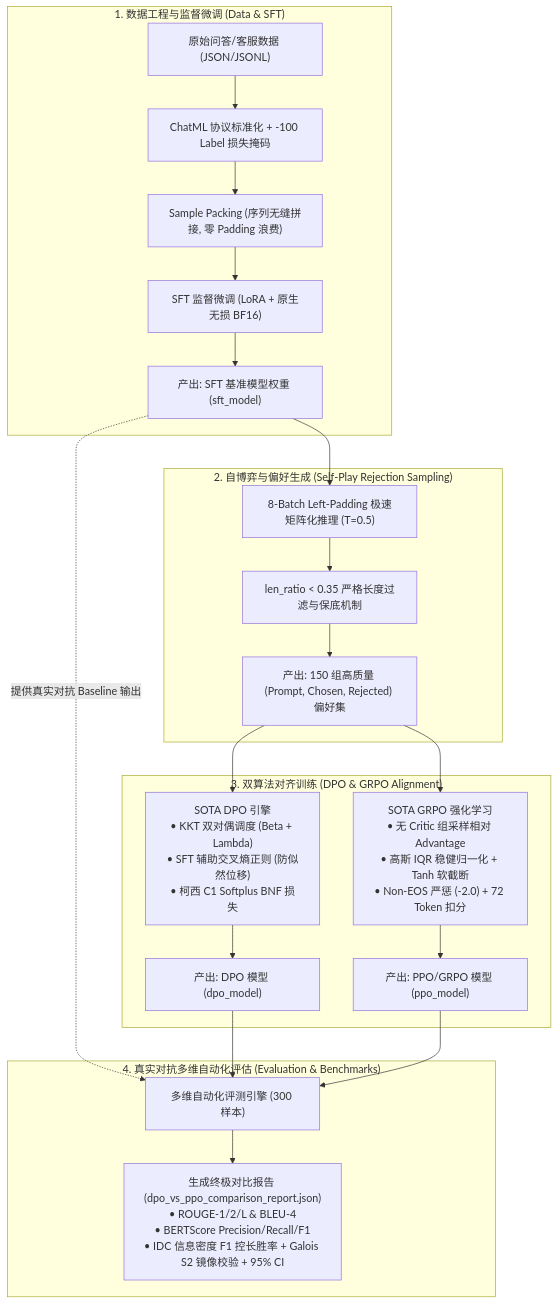
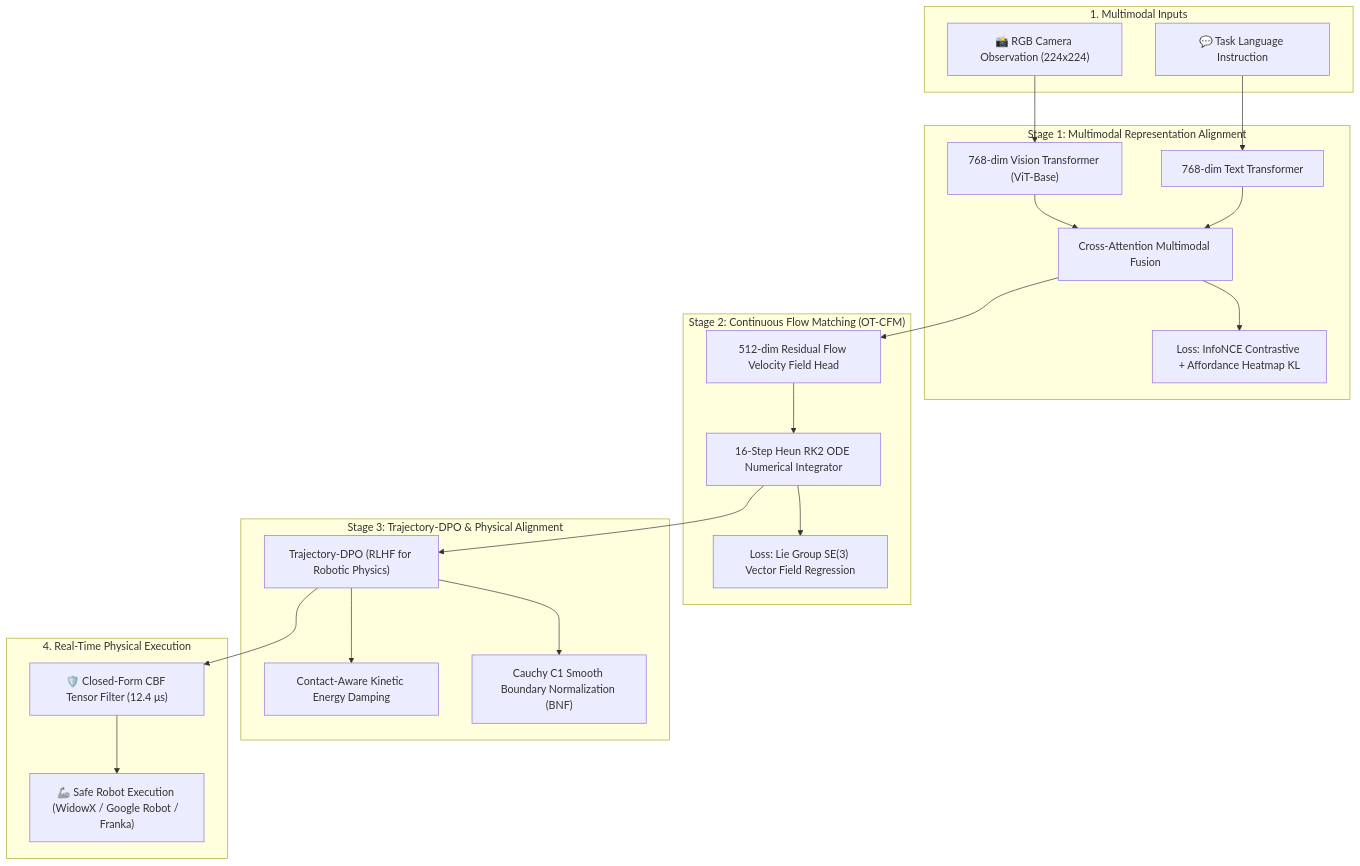
One commit to Demon-Kings/OpenVLA-AlignFlow_v1- changed the diagram in README.md. Above: the diagram before and after it, drawn with Mermaid. The commit also changed other lines of this file, not shown here.

````diff
--- a/README.md
+++ b/README.md
@@ -43,29 +34,44 @@
 ```mermaid
-flowchart TD
-    subgraph S1["1. 数据工程与监督微调 (Data & SFT)"]
-        Raw["原始问答/客服数据 (JSON/JSONL)"] --> Clean["ChatML 协议标准化 + -100 Label 损失掩码"]
-        Clean --> Pack["Sample Packing (序列无缝拼接, 零 Padding 浪费)"]
-        Pack --> SFT["SFT 监督微调 (LoRA + 原生无损 BF16)"]
-        SFT --> SFT_Model["产出: SFT 基准模型权重 (sft_model)"]
+flowchart TB
+    subgraph Inputs["1. Multimodal Inputs"]
+        RGB["📸 RGB Camera Observation (224x224)"]
+        TXT["💬 Task Language Instruction"]
     end
 
-    subgraph S2["2. 自博弈与偏好生成 (Self-Play Rejection Sampling)"]
-        SFT_Model --> Gen["8-Batch Left-Padding 极速矩阵化推理 (T=0.5)"]
-        Gen --> Filter["len_ratio < 0.35 严格长度过滤与保底机制"]
-        Filter --> PrefData["产出: 150 组高质量 (Prompt, Chosen, Rejected) 偏好集"]
+    subgraph Stage1["Stage 1: Multimodal Representation Alignment"]
+        ViT["768-dim Vision Transformer (ViT-Base)"]
+        TextEnc["768-dim Text Transformer"]
+        CrossAttn["Cross-Attention Multimodal Fusion"]
+        Loss1["Loss: InfoNCE Contrastive + Affordance Heatmap KL"]
+        RGB --> ViT
+        TXT --> TextEnc
+        ViT --> CrossAttn
+        TextEnc --> CrossAttn
+        CrossAttn --> Loss1
     end
 
-    subgraph S3["3. 双算法对齐训练 (DPO & GRPO Alignment)"]
-        PrefData --> DPO["SOTA DPO 引擎<br/>• KKT 双对偶调度 (Beta + Lambda)<br/>• SFT 辅助交叉熵正则 (防似然位移)<br/>• 柯西 C1 Softplus BNF 损失"]
-        PrefData --> GRPO["SOTA GRPO 强化学习<br/>• 无 Critic 组采样相对 Advantage<br/>• 高斯 IQR 稳健归一化 + Tanh 软截断<br/>• Non-EOS 严惩 (-2.0) + 72 Token 扣分"]
-        DPO --> DPO_Model["产出: DPO 模型 (dpo_model)"]
-        GRPO --> PPO_Model["产出: PPO/GRPO 模型 (ppo_model)"]
+    subgraph Stage2["Stage 2: Continuous Flow Matching (OT-CFM)"]
+        FlowHead["512-dim Residual Flow Velocity Field Head"]
+        ODESolver["16-Step Heun RK2 ODE Numerical Integrator"]
+        Loss2["Loss: Lie Group SE(3) Vector Field Regression"]
+        CrossAttn --> FlowHead
+        FlowHead --> ODESolver
+        ODESolver --> Loss2
     end
 
-    subgraph S4["4. 真实对抗多维自动化评估 (Evaluation & Benchmarks)"]
-        SFT_Model -. "提供真实对抗 Baseline 输出" .-> EvalEngine["多维自动化评测引擎 (300 样本)"]
-        DPO_Model --> EvalEngine
-        PPO_Model --> EvalEngine
-        EvalEngine --> Report["生成终极对比报告 (dpo_vs_ppo_comparison_report.json)<br/>• ROUGE-1/2/L & BLEU-4<br/>• BERTScore Precision/Recall/F1<br/>• IDC 信息密度 F1 控长胜率 + Galois S2 镜像校验 + 95% CI"]
+    subgraph Stage3["Stage 3: Trajectory-DPO & Physical Alignment"]
+        DPO["Trajectory-DPO (RLHF for Robotic Physics)"]
+        Damping["Contact-Aware Kinetic Energy Damping"]
+        BNF["Cauchy C1 Smooth Boundary Normalization (BNF)"]
+        ODESolver --> DPO
+        DPO --> Damping
+        DPO --> BNF
+    end
+
+    subgraph SafeExec["4. Real-Time Physical Execution"]
+        CBF["🛡️ Closed-Form CBF Tensor Filter (12.4 μs)"]
+        Robot["🦾 Safe Robot Execution (WidowX / Google Robot / Franka)"]
+        DPO --> CBF
+        CBF --> Robot
     end
 ```
````
